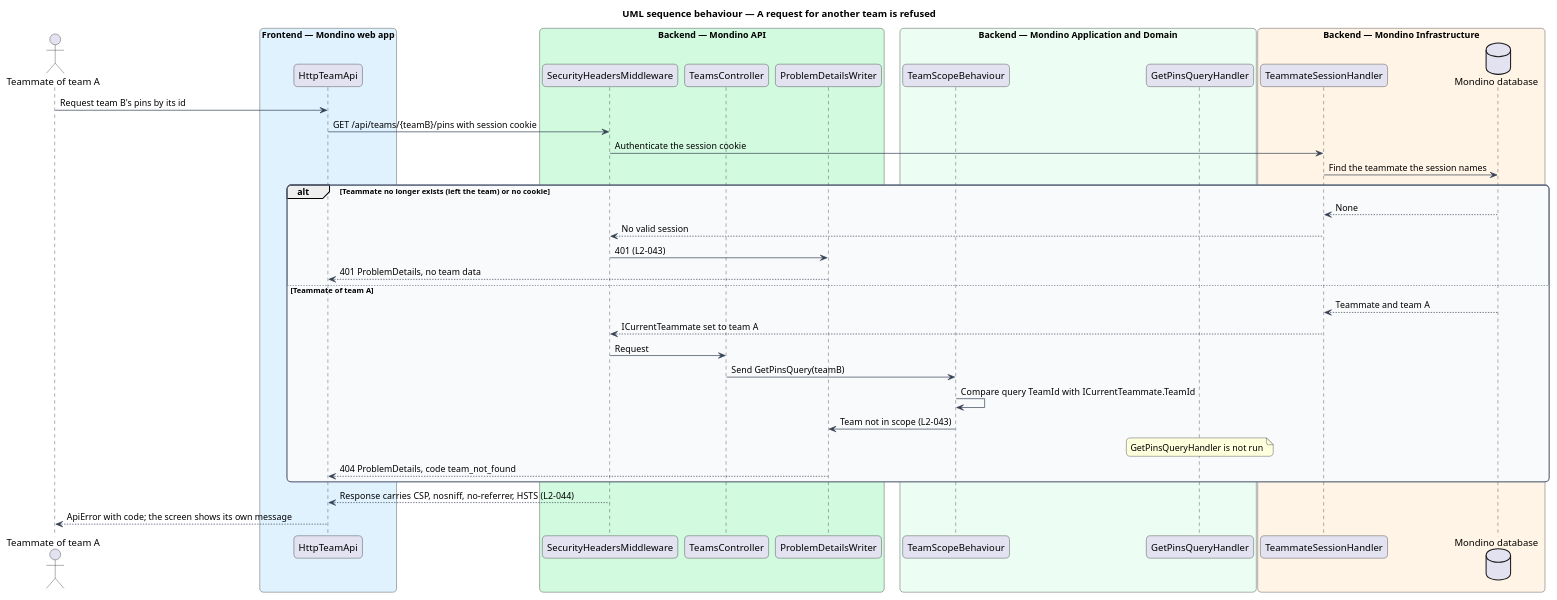
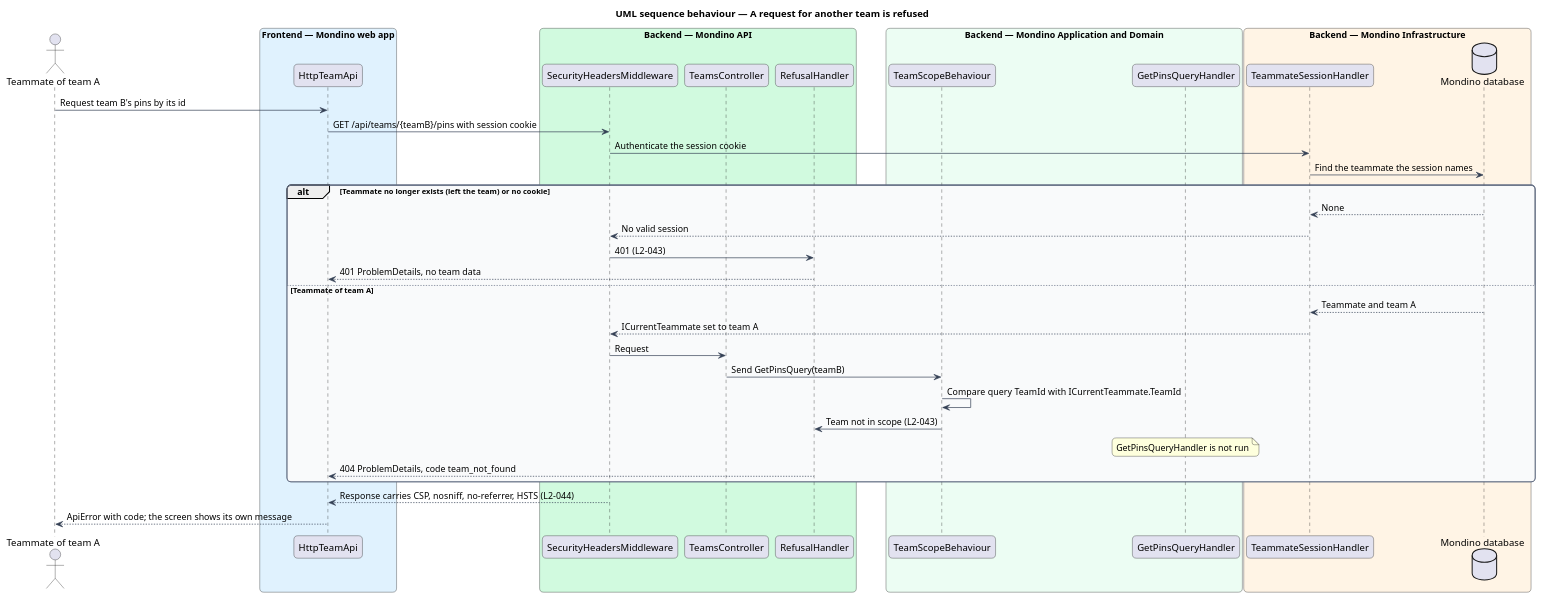
The diagram in docs/detailed-designs/platform/protect-team-data/diagrams/sequence-refuse-another-team.puml (QuinntyneBrown/Mondino), drawn with PlantUML before and after one commit. The commit also changed 13 other files, not shown here.

```diff
--- a/docs/detailed-designs/platform/protect-team-data/diagrams/sequence-refuse-another-team.puml
+++ b/docs/detailed-designs/platform/protect-team-data/diagrams/sequence-refuse-another-team.puml
@@ -1,55 +1,55 @@
 @startuml
 title UML sequence behaviour — A request for another team is refused
 skinparam backgroundColor #FFFFFF
 skinparam shadowing false
 skinparam roundcorner 12
 skinparam defaultFontName Arial
 skinparam ArrowColor #344054
 skinparam rectangle {
   BorderColor #344054
   FontColor #101828
 }
 skinparam package {
   BorderColor #667085
   FontColor #101828
   BackgroundColor #F9FAFB
 }
 actor "Teammate of team A" as actor
 box "Frontend — Mondino web app" #E0F2FE
   participant "HttpTeamApi" as client
 end box
 box "Backend — Mondino API" #D1FADF
   participant "SecurityHeadersMiddleware" as headers
   participant "TeamsController" as controller
-  participant "ProblemDetailsWriter" as problems
+  participant "RefusalHandler" as problems
 end box
 box "Backend — Mondino Application and Domain" #ECFDF3
   participant "TeamScopeBehaviour" as scope
   participant "GetPinsQueryHandler" as handler
 end box
 box "Backend — Mondino Infrastructure" #FFF4E5
   participant "TeammateSessionHandler" as session
   database "Mondino database" as db
 end box
 actor -> client : Request team B's pins by its id
 client -> headers : GET /api/teams/{teamB}/pins with session cookie
 headers -> session : Authenticate the session cookie
 session -> db : Find the teammate the session names
 alt Teammate no longer exists (left the team) or no cookie
   db --> session : None
   session --> headers : No valid session
   headers -> problems : 401 (L2-043)
   problems --> client : 401 ProblemDetails, no team data
 else Teammate of team A
   db --> session : Teammate and team A
   session --> headers : ICurrentTeammate set to team A
   headers -> controller : Request
   controller -> scope : Send GetPinsQuery(teamB)
   scope -> scope : Compare query TeamId with ICurrentTeammate.TeamId
   scope -> problems : Team not in scope (L2-043)
   note over handler : GetPinsQueryHandler is not run
   problems --> client : 404 ProblemDetails, code team_not_found
 end
 headers --> client : Response carries CSP, nosniff, no-referrer, HSTS (L2-044)
 client --> actor : ApiError with code; the screen shows its own message
 @enduml
```
